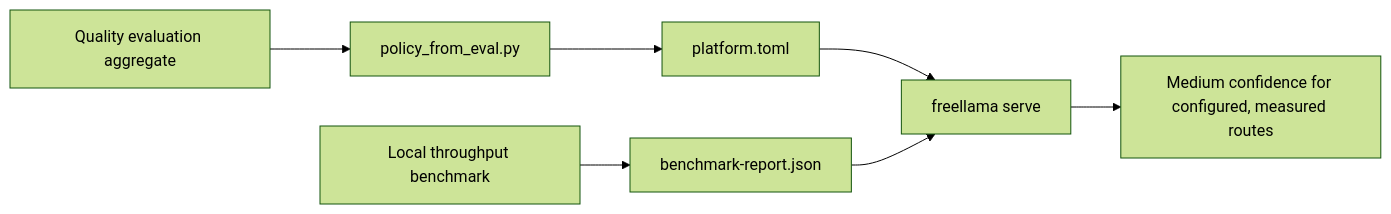
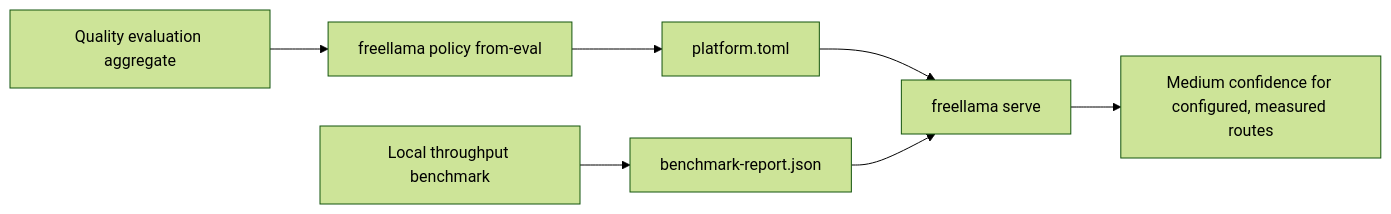
Before and after one commit to bgauryy/FreeLlama: the second of 2 diagrams in docs/CLI.md, drawn with Mermaid (forest theme). The commit also changed other lines of this file and 154 other files, not shown here.

````diff
--- a/docs/CLI.md
+++ b/docs/CLI.md
@@ -259,9 +261,9 @@
 ```mermaid
 flowchart LR
-    Q["Quality evaluation aggregate"] --> P["policy_from_eval.py"]
+    Q["Quality evaluation aggregate"] --> P["freellama policy from-eval"]
     P --> PF["platform.toml"]
     T["Local throughput benchmark"] --> BR["benchmark-report.json"]
     PF --> S["freellama serve"]
     BR --> S
     S --> C["Medium confidence for configured, measured routes"]
 ```
````
